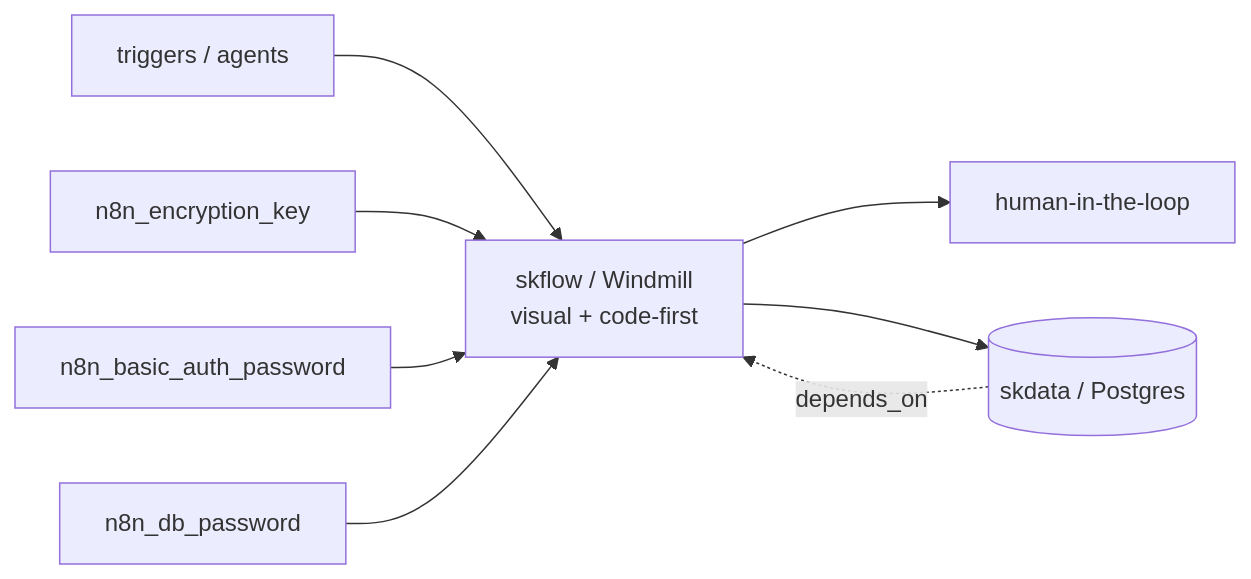
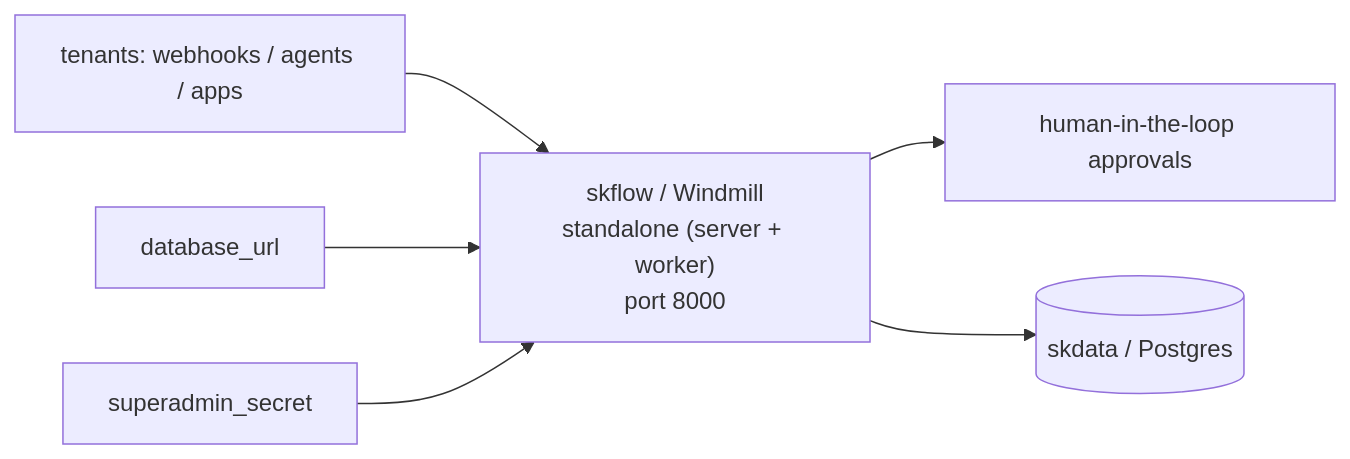
Before and after one commit to smilinTux/skstacks: the diagram in v2/docs/services/skflow.md, drawn with Mermaid. The commit also changed other lines of this file and 27 other files, not shown here.

First line of the commit message:
feat(skflow): v1 optional role for Windmill + v2 deploy block

````diff
--- a/v2/docs/services/skflow.md
+++ b/v2/docs/services/skflow.md
@@ -15,10 +14,8 @@
 ```mermaid
 flowchart LR
-  TRIG[triggers / agents] --> WM["skflow / Windmill<br/>visual + code-first"]
-  WM --> HIL[human-in-the-loop]
+  TRIG[tenants: webhooks / agents / apps] --> WM["skflow / Windmill<br/>standalone (server + worker)<br/>port 8000"]
+  WM --> HIL[human-in-the-loop approvals]
   WM --> skdata[(skdata / Postgres)]
-  skdata -.depends_on.-> WM
-  S1[n8n_encryption_key] --> WM
-  S2[n8n_basic_auth_password] --> WM
-  S3[n8n_db_password] --> WM
+  S1[database_url] --> WM
+  S2[superadmin_secret] --> WM
 ```
````
